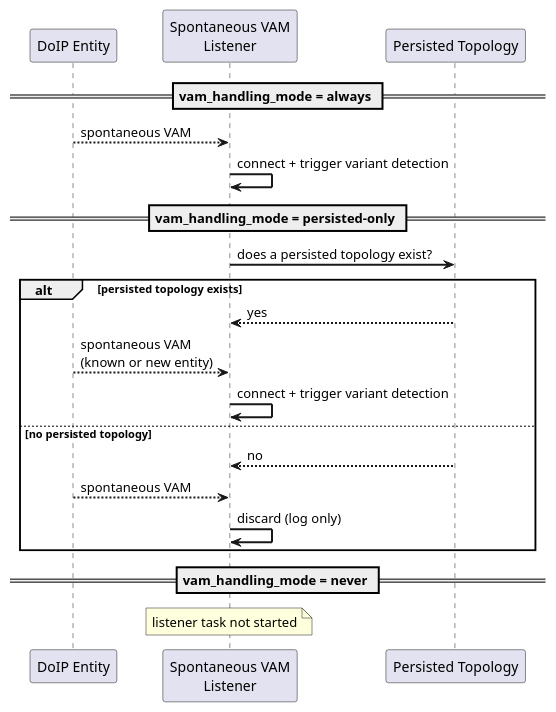
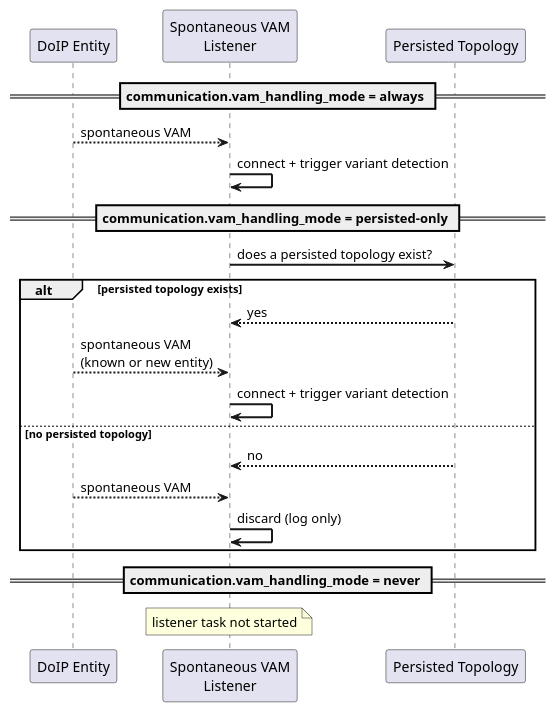
Before and after one commit to eclipse-opensovd/classic-diagnostic-adapter: the second of 8 diagrams in docs/03_architecture/03_communication/01_doip_communication.rst, drawn with PlantUML. The commit also changed other lines of this file and 8 other files, not shown here.

```diff
--- a/docs/03_architecture/03_communication/01_doip_communication.rst
+++ b/docs/03_architecture/03_communication/01_doip_communication.rst
@@ -347,30 +353,30 @@
     .. uml::
         :caption: Spontaneous VAM Handling Mode
 
         @startuml
         skinparam backgroundColor #FFFFFF
         skinparam sequenceArrowThickness 2
 
         participant "DoIP Entity" as GW
         participant "Spontaneous VAM\nListener" as Listener
         participant "Persisted Topology" as Persist
 
-        == vam_handling_mode = always ==
+        == communication.vam_handling_mode = always ==
         GW --> Listener: spontaneous VAM
         Listener -> Listener: connect + trigger variant detection
 
-        == vam_handling_mode = persisted-only ==
+        == communication.vam_handling_mode = persisted-only ==
         Listener -> Persist: does a persisted topology exist?
         alt persisted topology exists
             Persist --> Listener: yes
             GW --> Listener: spontaneous VAM\n(known or new entity)
             Listener -> Listener: connect + trigger variant detection
         else no persisted topology
             Persist --> Listener: no
             GW --> Listener: spontaneous VAM
             Listener -> Listener: discard (log only)
         end
 
-        == vam_handling_mode = never ==
+        == communication.vam_handling_mode = never ==
         note over Listener: listener task not started
         @enduml
```
